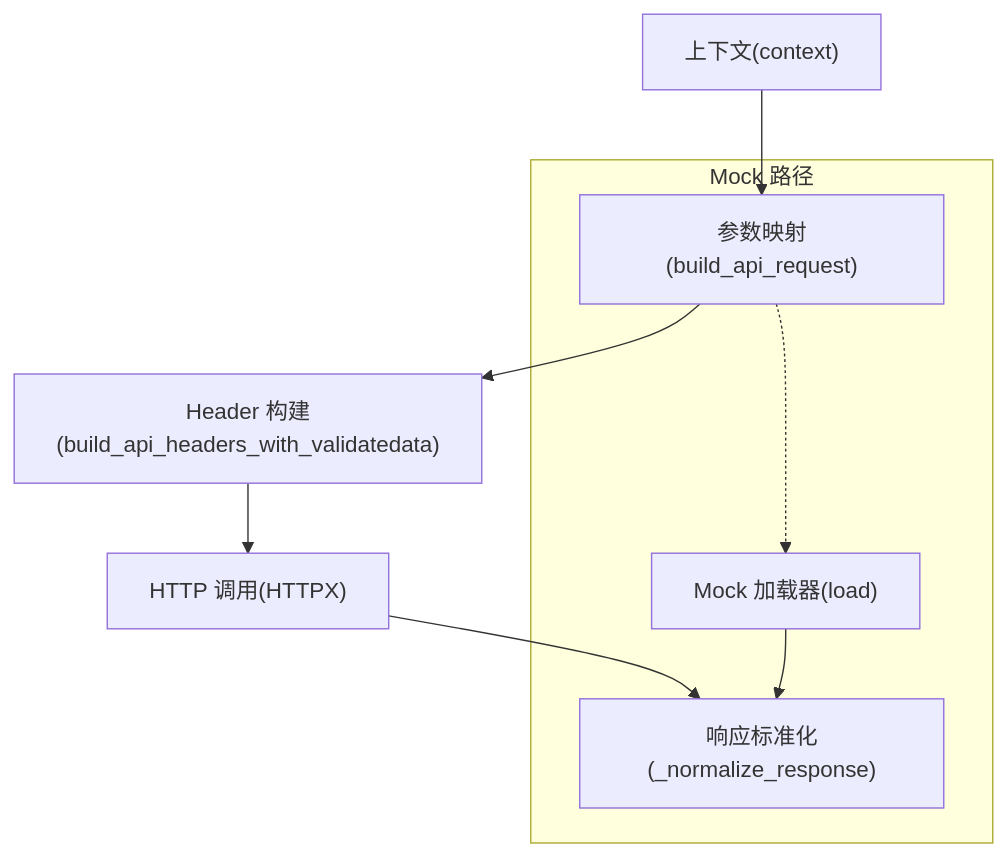
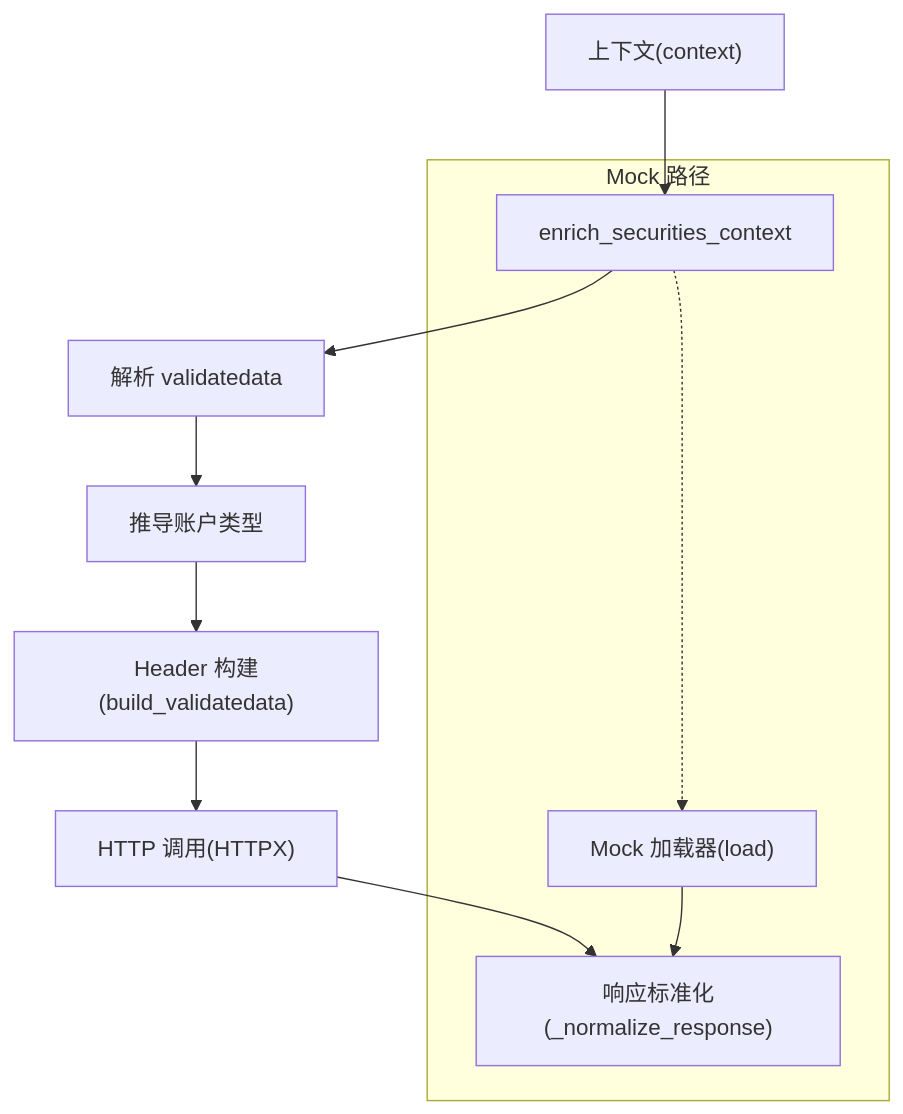
The sixth of 8 diagrams in repowiki/zh/content/智能体实现/证券智能体/证券智能体.md (YU-JI-KUI/ark-agentic), drawn with Mermaid before and after one commit. The commit also changed other lines of this file and 12 other files, not shown here.

````diff
--- a/repowiki/zh/content/智能体实现/证券智能体/证券智能体.md
+++ b/repowiki/zh/content/智能体实现/证券智能体/证券智能体.md
@@ -205,11 +252,13 @@
 ```mermaid
 flowchart TD
-Ctx["上下文(context)"] --> PM["参数映射(build_api_request)"]
-PM --> HD["Header 构建(build_api_headers_with_validatedata)"]
+Ctx["上下文(context)"] --> PM["enrich_securities_context"]
+PM --> Parse["解析 validatedata"]
+Parse --> Type["推导账户类型"]
+Type --> HD["Header 构建(build_validatedata)"]
 HD --> Call["HTTP 调用(HTTPX)"]
 Call --> Norm["响应标准化(_normalize_response)"]
 subgraph "Mock 路径"
 PM -.-> ML["Mock 加载器(load)"]
 ML --> Norm
 end
 ```
````
